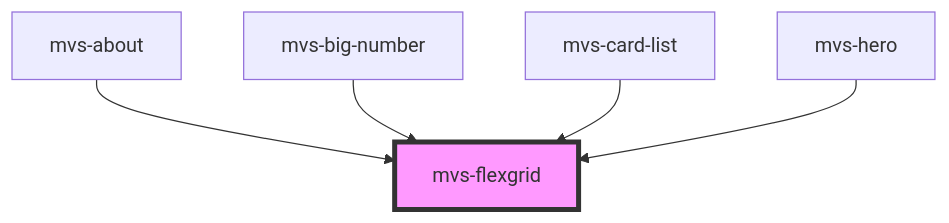
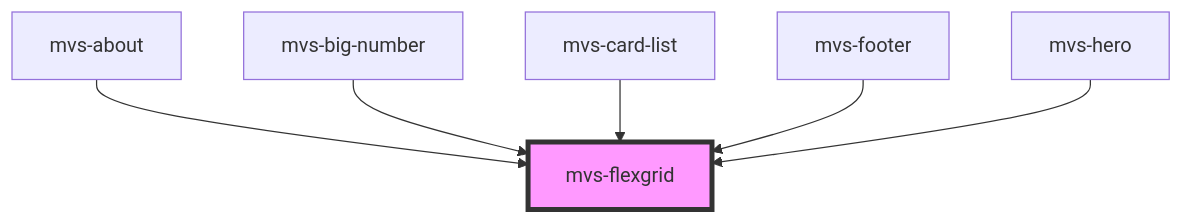
Before and after one commit to rafaela-vairo/mvs-design-system: the diagram in src/components/layout/mvs-flexgrid/readme.md, drawn with Mermaid. The commit also changed other lines of this file and 29 other files, not shown here.

````diff
--- a/src/components/layout/mvs-flexgrid/readme.md
+++ b/src/components/layout/mvs-flexgrid/readme.md
@@ -32,8 +33,9 @@
 ```mermaid
 graph TD;
   mvs-about --> mvs-flexgrid
   mvs-big-number --> mvs-flexgrid
   mvs-card-list --> mvs-flexgrid
+  mvs-footer --> mvs-flexgrid
   mvs-hero --> mvs-flexgrid
   style mvs-flexgrid fill:#f9f,stroke:#333,stroke-width:4px
 ```
````
